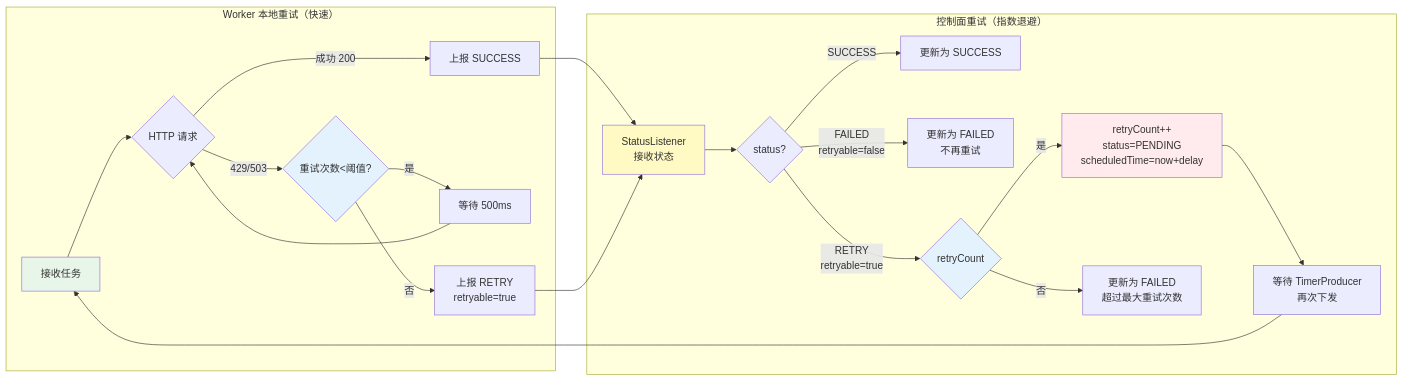
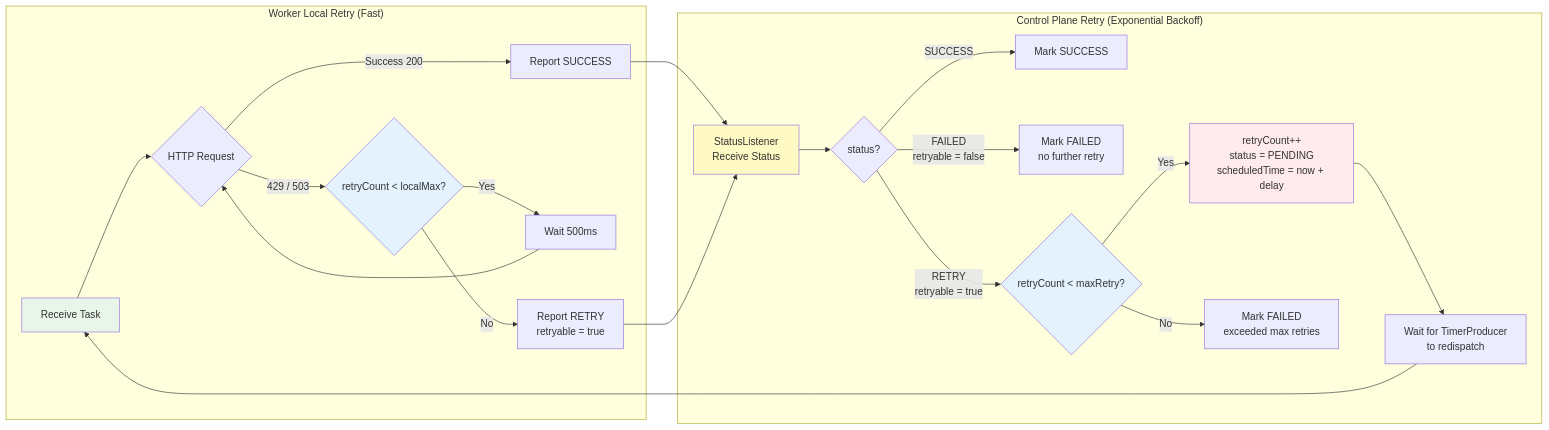
One commit to sjtutwilight/CryptoAgent changed the sixth of 12 diagrams in README.md. Above: the diagram before and after it, drawn with Mermaid. The commit also changed other lines of this file, not shown here.

````diff
--- a/README.md
+++ b/README.md
@@ -461,32 +535,32 @@
 ```mermaid
 graph LR
-    subgraph "Worker 本地重试（快速）"
-        W1[接收任务] --> W2{HTTP 请求}
-        W2 -->|成功 200| W3[上报 SUCCESS]
-        W2 -->|429/503| W4{重试次数<阈值?}
-        W4 -->|是| W5[等待 500ms]
+    subgraph "Worker Local Retry (Fast)"
+        W1[Receive Task] --> W2{HTTP Request}
+        W2 -->|Success 200| W3[Report SUCCESS]
+        W2 -->|429 / 503| W4{retryCount < localMax?}
+        W4 -->|Yes| W5[Wait 500ms]
         W5 --> W2
-        W4 -->|否| W6[上报 RETRY<br/>retryable=true]
+        W4 -->|No| W6[Report RETRY<br/>retryable = true]
     end
 
-    subgraph "控制面重试（指数退避）"
-        C1[StatusListener<br/>接收状态] --> C2{status?}
-        C2 -->|SUCCESS| C3[更新为 SUCCESS]
-        C2 -->|FAILED<br/>retryable=false| C4[更新为 FAILED<br/>不再重试]
-        C2 -->|RETRY<br/>retryable=true| C5{retryCount<maxRetry?}
-        C5 -->|是| C6[retryCount++<br/>status=PENDING<br/>scheduledTime=now+delay]
-        C5 -->|否| C7[更新为 FAILED<br/>超过最大重试次数]
-        C6 --> C8[等待 TimerProducer<br/>再次下发]
+    subgraph "Control Plane Retry (Exponential Backoff)"
+        C1[StatusListener<br/>Receive Status] --> C2{status?}
+        C2 -->|SUCCESS| C3[Mark SUCCESS]
+        C2 -->|FAILED<br/>retryable = false| C4[Mark FAILED<br/>no further retry]
+        C2 -->|RETRY<br/>retryable = true| C5{retryCount < maxRetry?}
+        C5 -->|Yes| C6[retryCount++<br/>status = PENDING<br/>scheduledTime = now + delay]
+        C5 -->|No| C7[Mark FAILED<br/>exceeded max retries]
+        C6 --> C8[Wait for TimerProducer<br/>to redispatch]
     end
 
     W3 --> C1
     W6 --> C1
     C8 --> W1
 
     style W1 fill:#e8f5e9
     style C1 fill:#fff9c4
     style C6 fill:#ffebee
     style W4 fill:#e3f2fd
     style C5 fill:#e3f2fd
 
 ```
````
